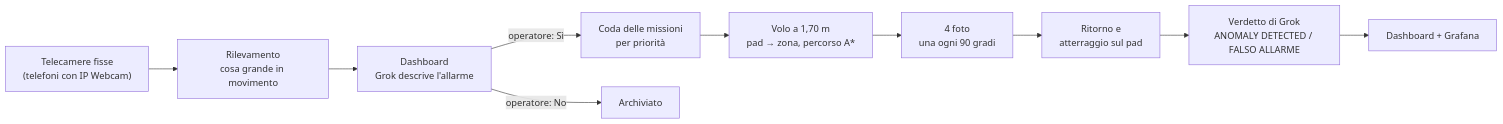
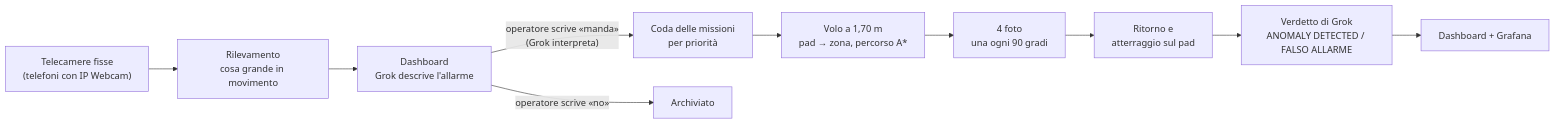
Before and after one commit to matteospinelli1234-lang/BMO-Grokbot-hackathon: the diagram in Hackaton_project/README.md, drawn with Mermaid. The commit also changed other lines of this file and 7 other files, not shown here.

````diff
--- a/Hackaton_project/README.md
+++ b/Hackaton_project/README.md
@@ -34,12 +36,12 @@
 ```mermaid
 flowchart LR
     T["Telecamere fisse<br/>(telefoni con IP Webcam)"] --> R["Rilevamento<br/>cosa grande in movimento"]
     R --> D["Dashboard<br/>Grok descrive l'allarme"]
-    D -->|"operatore: Sì"| Q["Coda delle missioni<br/>per priorità"]
-    D -->|"operatore: No"| X[Archiviato]
+    D -->|"operatore scrive «manda»<br/>(Grok interpreta)"| Q["Coda delle missioni<br/>per priorità"]
+    D -->|"operatore scrive «no»"| X[Archiviato]
     Q --> V["Volo a 1,70 m<br/>pad → zona, percorso A*"]
     V --> F["4 foto<br/>una ogni 90 gradi"]
     F --> P["Ritorno e<br/>atterraggio sul pad"]
     P --> G["Verdetto di Grok<br/>ANOMALY DETECTED / FALSO ALLARME"]
     G --> L["Dashboard + Grafana"]
 ```
````
